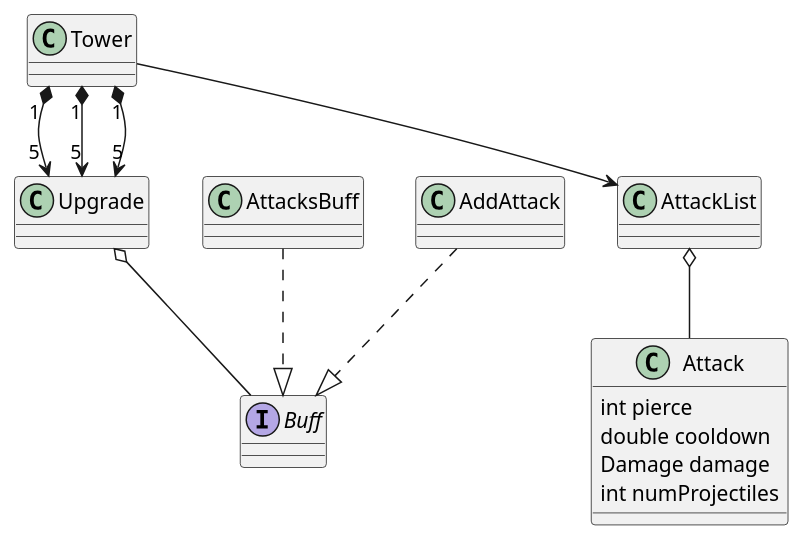
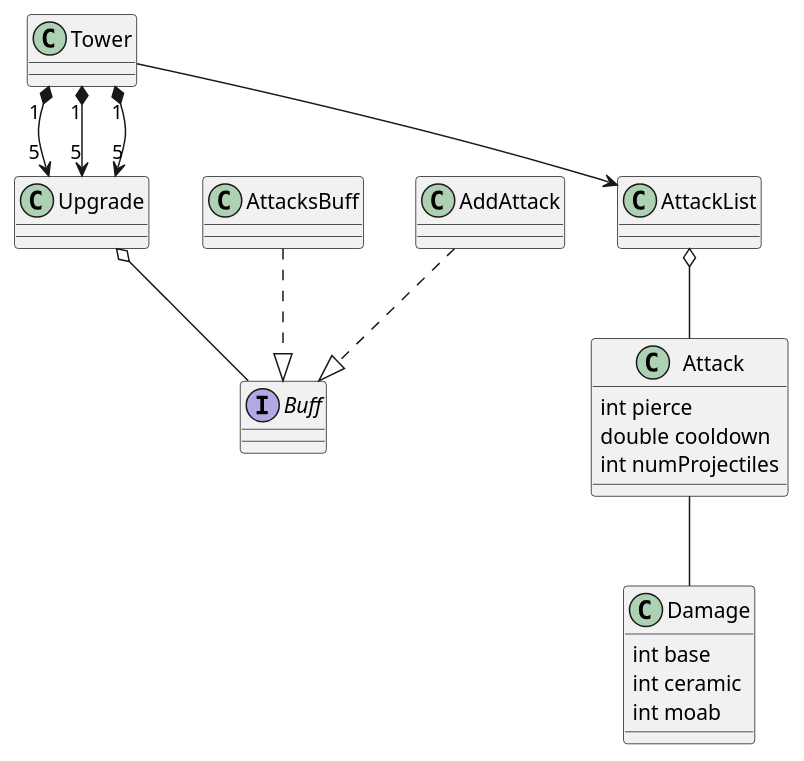
The diagram in docs/btd6classdiagram.puml (Smanmos/btd6-helper), drawn with PlantUML before and after one commit.

Commit message:
Add Damage

```diff
--- a/docs/btd6classdiagram.puml
+++ b/docs/btd6classdiagram.puml
@@ -1,17 +1,22 @@
 @startuml
 interface Buff
 
+Damage : int base
+Damage : int ceramic
+Damage : int moab
+
 Attack : int pierce
 Attack : double cooldown
-Attack : Damage damage
 Attack : int numProjectiles
+
+Attack -- Damage
 
 Upgrade o-- Buff
 AttacksBuff ..|> Buff
 AddAttack ..|> Buff
 AttackList o-- Attack
 Tower "1" *--> "5" Upgrade
 Tower "1" *--> "5" Upgrade
 Tower "1" *--> "5" Upgrade
 Tower --> AttackList
 @enduml
```
